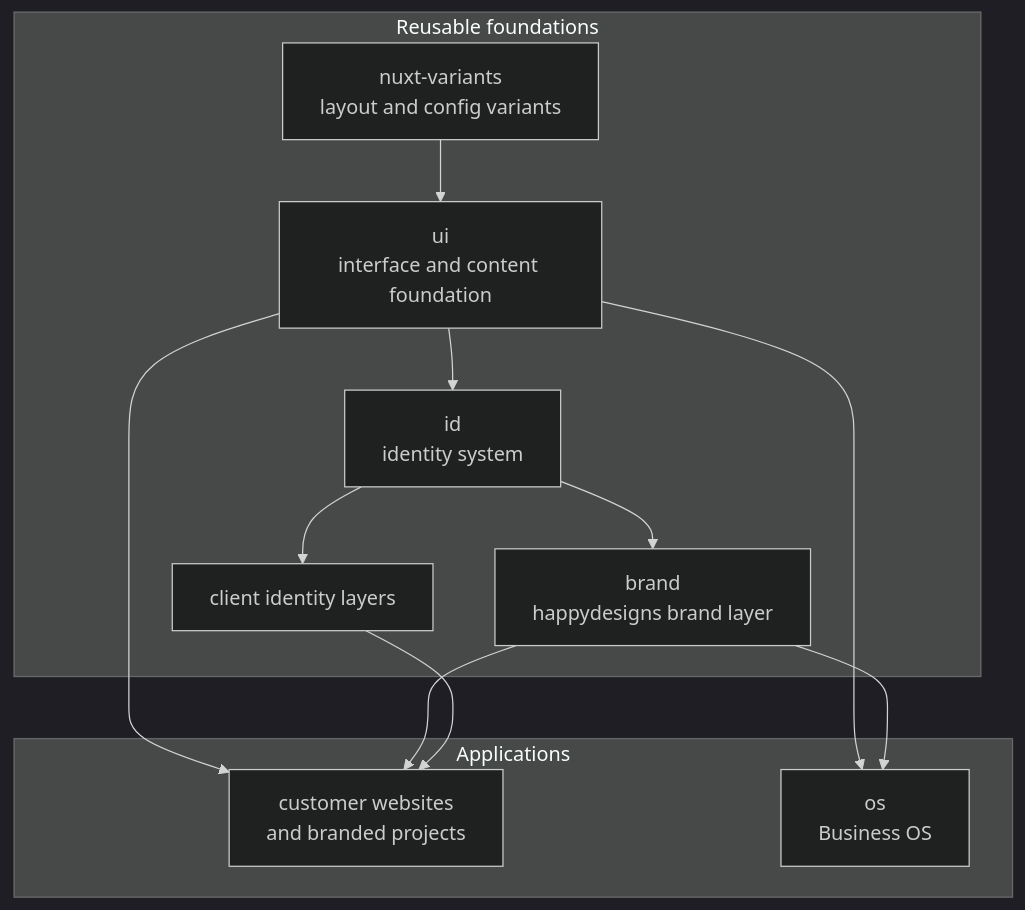
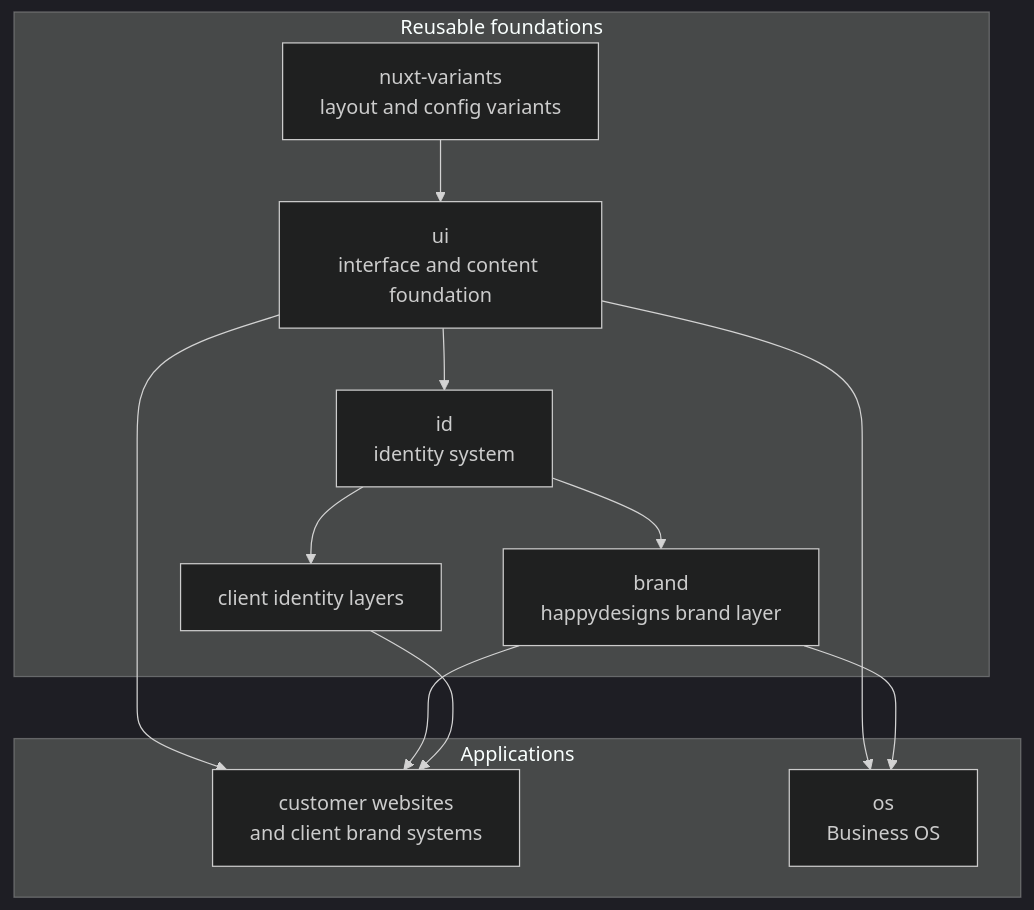
Before and after one commit to happydesigns/docs: the diagram in content/en/1.start/1.operating-model.md, drawn with Mermaid (dark theme). The commit also changed other lines of this file, not shown here.

Commit message:
docs: clarify client brand system wording

````diff
--- a/content/en/1.start/1.operating-model.md
+++ b/content/en/1.start/1.operating-model.md
@@ -29,20 +29,20 @@
 ```mermaid
 flowchart TD
   subgraph Foundations["Reusable foundations"]
     Variants["nuxt-variants<br/>layout and config variants"] --> UI["ui<br/>interface and content foundation"]
     UI --> ID["id<br/>identity system"]
     ID --> Brand["brand<br/>happydesigns brand layer"]
     ID --> ClientIdentity["client identity layers"]
   end
 
   subgraph Applications["Applications"]
-    Sites["customer websites<br/>and branded projects"]
+    Sites["customer websites<br/>and client brand systems"]
     OS["os<br/>Business OS"]
   end
 
   UI --> Sites
   UI --> OS
   Brand --> Sites
   Brand --> OS
   ClientIdentity --> Sites
 ```
````
